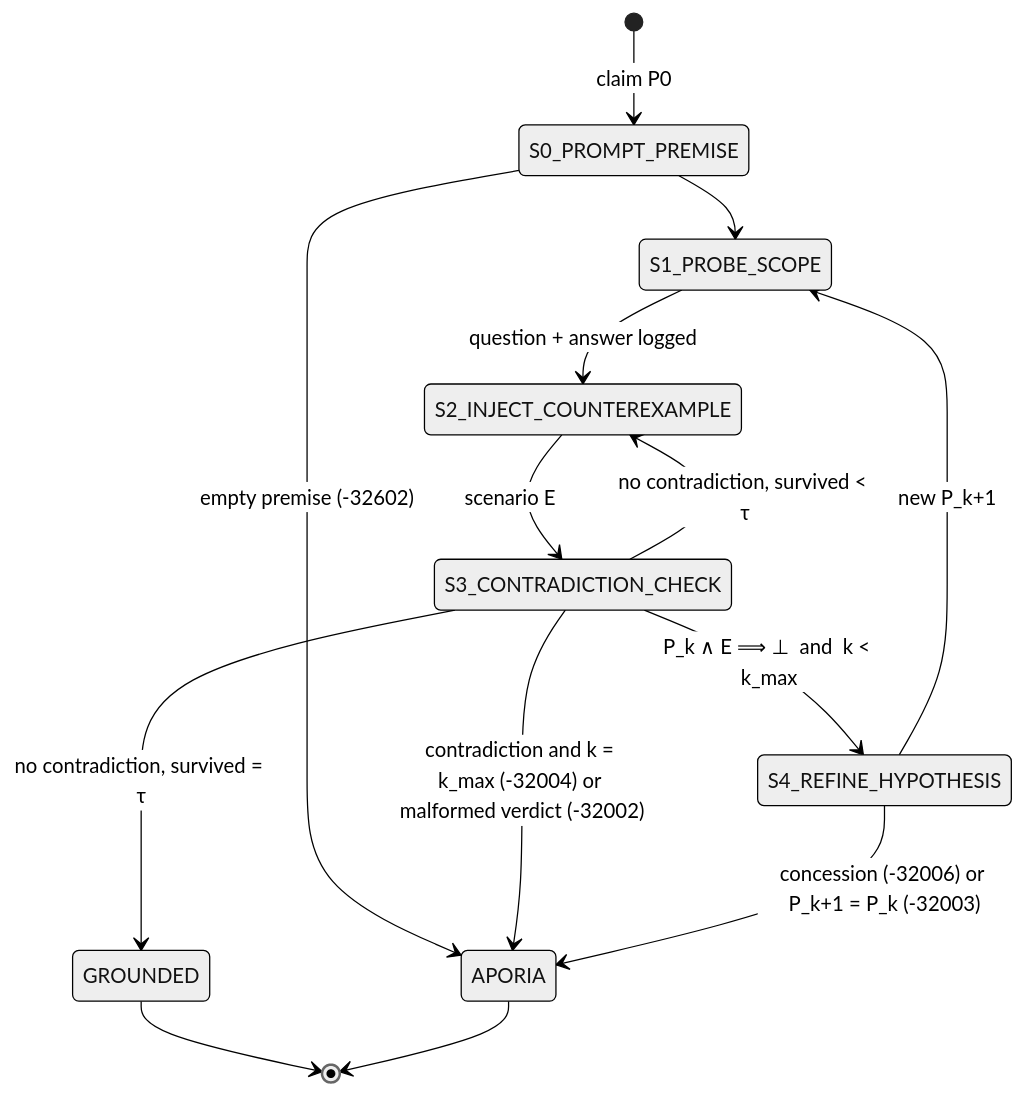
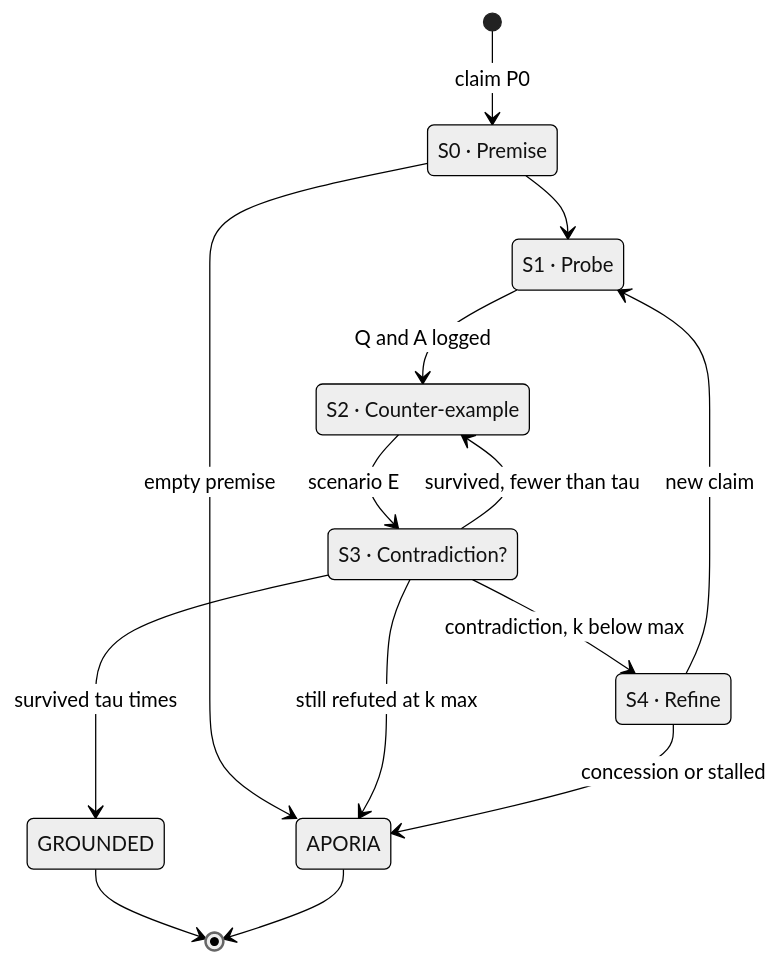
Before and after one commit to ankitkumarbyte/squadron-shannon-mission-01: the diagram in 02_Socratic_Protocol_Map.md, drawn with Mermaid (neutral theme). The commit also changed other lines of this file, not shown here.

Commit message:
Shorten state-diagram labels so GitHub renders them fully

````diff
--- a/02_Socratic_Protocol_Map.md
+++ b/02_Socratic_Protocol_Map.md
@@ -33,16 +33,23 @@
 ```mermaid
 stateDiagram-v2
-    [*] --> S0_PROMPT_PREMISE : claim P0
-    S0_PROMPT_PREMISE --> APORIA : empty premise (-32602)
-    S0_PROMPT_PREMISE --> S1_PROBE_SCOPE
-    S1_PROBE_SCOPE --> S2_INJECT_COUNTEREXAMPLE : question + answer logged
-    S2_INJECT_COUNTEREXAMPLE --> S3_CONTRADICTION_CHECK : scenario E
-    S3_CONTRADICTION_CHECK --> S4_REFINE_HYPOTHESIS : P_k ∧ E ⟹ ⊥  and  k < k_max
-    S3_CONTRADICTION_CHECK --> S2_INJECT_COUNTEREXAMPLE : no contradiction, survived < τ
-    S3_CONTRADICTION_CHECK --> GROUNDED : no contradiction, survived = τ
-    S3_CONTRADICTION_CHECK --> APORIA : contradiction and k = k_max (-32004) or malformed verdict (-32002)
-    S4_REFINE_HYPOTHESIS --> S1_PROBE_SCOPE : new P_k+1
-    S4_REFINE_HYPOTHESIS --> APORIA : concession (-32006) or P_k+1 = P_k (-32003)
-    GROUNDED --> [*]
-    APORIA --> [*]
+    state "S0 · Premise" as S0
+    state "S1 · Probe" as S1
+    state "S2 · Counter-example" as S2
+    state "S3 · Contradiction?" as S3
+    state "S4 · Refine" as S4
+    state "GROUNDED" as G
+    state "APORIA" as A
+    [*] --> S0 : claim P0
+    S0 --> A : empty premise
+    S0 --> S1
+    S1 --> S2 : Q and A logged
+    S2 --> S3 : scenario E
+    S3 --> S4 : contradiction, k below max
+    S3 --> S2 : survived, fewer than tau
+    S3 --> G : survived tau times
+    S3 --> A : still refuted at k max
+    S4 --> S1 : new claim
+    S4 --> A : concession or stalled
+    G --> [*]
+    A --> [*]
 ```
````
